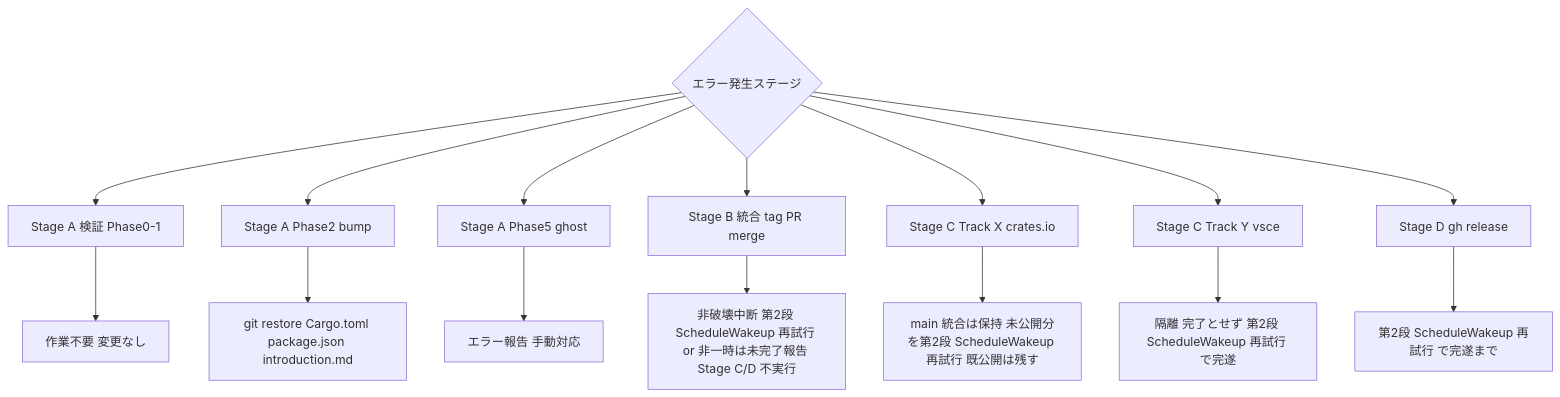
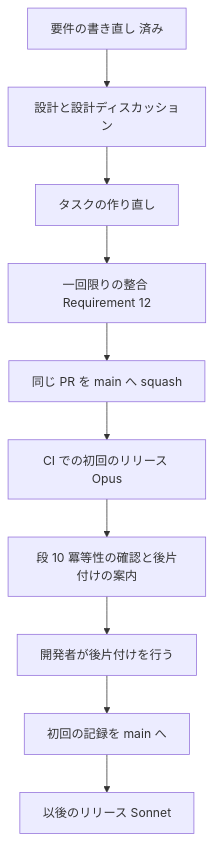
The third of 3 diagrams in .kiro/specs/release-workflow/design.md (ekicyou/pasta), drawn with Mermaid before and after one commit. The commit also changed other lines of this file and 17 other files, not shown here.

````diff
--- a/.kiro/specs/release-workflow/design.md
+++ b/.kiro/specs/release-workflow/design.md
@@ -308,18 +955,12 @@
 ```mermaid
 flowchart TD
-    A{エラー発生ステージ} --> B[Stage A 検証 Phase0-1]
-    A --> C[Stage A Phase2 bump]
-    A --> P5[Stage A Phase5 ghost]
-    A --> INT[Stage B 統合 tag PR merge]
-    A --> X[Stage C Track X crates.io]
-    A --> Y[Stage C Track Y vsce]
-    A --> D[Stage D gh release]
-
-    B --> B1[作業不要 変更なし]
-    C --> C1[git restore Cargo.toml package.json introduction.md]
-    P5 --> P51[エラー報告 手動対応]
-    INT --> INT1[非破壊中断 第2段 ScheduleWakeup 再試行 or 非一時は未完了報告 Stage C/D 不実行]
-    X --> X1[main 統合は保持 未公開分を第2段 ScheduleWakeup 再試行 既公開は残す]
-    Y --> Y1[隔離 完了とせず 第2段 ScheduleWakeup 再試行 で完遂]
-    D --> D1[第2段 ScheduleWakeup 再試行 で完遂まで]
+    A[要件の書き直し 済み] --> B[設計と設計ディスカッション]
+    B --> C[タスクの作り直し]
+    C --> D[一回限りの整合 Requirement 12]
+    D --> E[同じ PR を main へ squash]
+    E --> F[CI での初回のリリース Opus]
+    F --> G[段 10 冪等性の確認と後片付けの案内]
+    G --> H[開発者が後片付けを行う]
+    H --> I[初回の記録を main へ]
+    I --> J[以後のリリース Sonnet]
 ```
````
